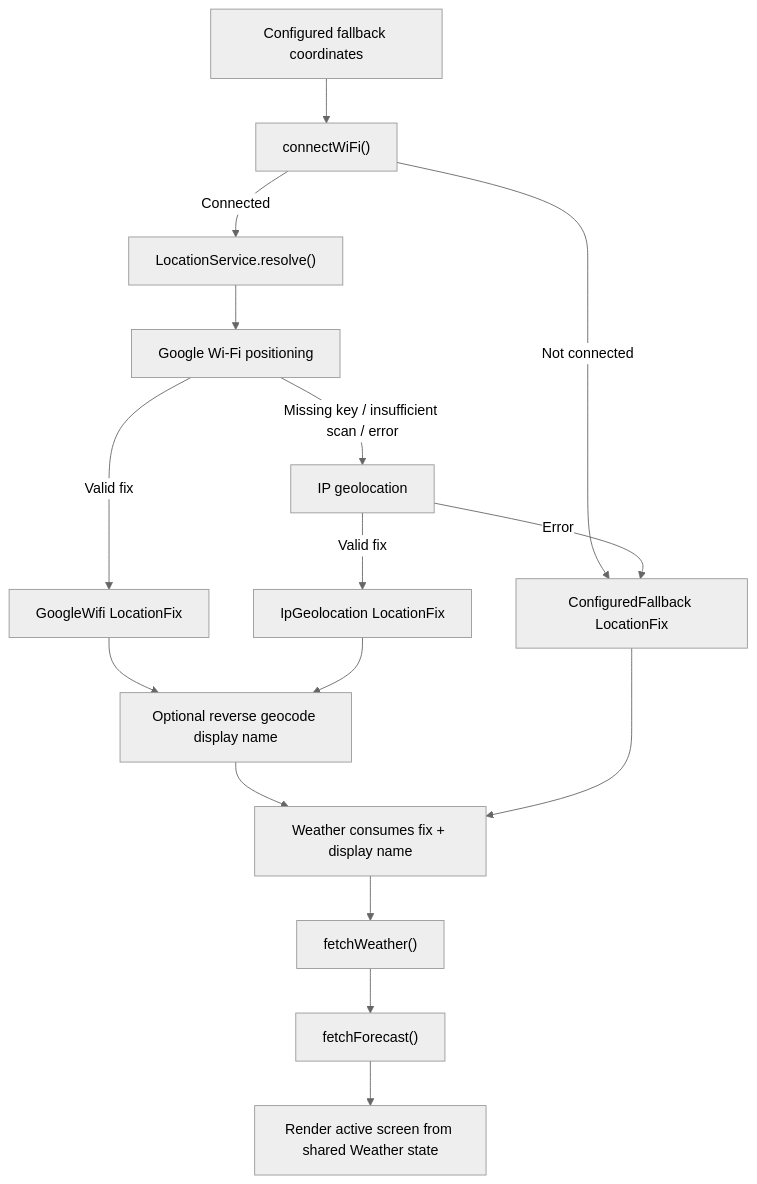
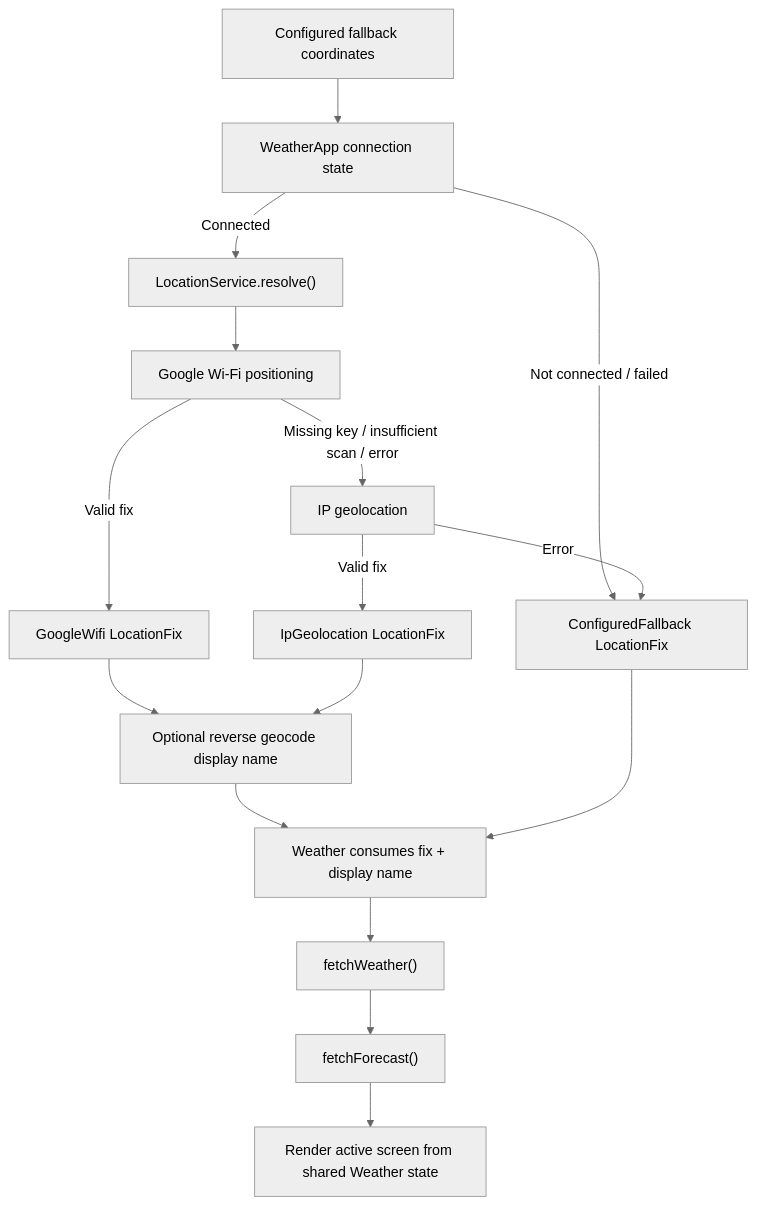
The fifth of 5 diagrams in docs/PHASE0_STEP2_RUNTIME_DATA_FLOW.md (mdrmx/esp32-gadget), drawn with Mermaid (neutral theme) before and after one commit. The commit also changed other lines of this file, not shown here.

````diff
--- a/docs/PHASE0_STEP2_RUNTIME_DATA_FLOW.md
+++ b/docs/PHASE0_STEP2_RUNTIME_DATA_FLOW.md
@@ -408,18 +385,18 @@
 ```mermaid
 flowchart TD
-    A["Configured fallback coordinates"] --> B["connectWiFi()"]
+    A["Configured fallback coordinates"] --> B["WeatherApp connection state"]
     B -->|Connected| C["LocationService.resolve()"]
-    B -->|Not connected| D["ConfiguredFallback LocationFix"]
+    B -->|Not connected / failed| D["ConfiguredFallback LocationFix"]
     C --> E["Google Wi-Fi positioning"]
     E -->|Missing key / insufficient scan / error| F["IP geolocation"]
     E -->|Valid fix| G["GoogleWifi LocationFix"]
     F -->|Valid fix| H["IpGeolocation LocationFix"]
     F -->|Error| D
     G --> I["Optional reverse geocode display name"]
     H --> I
     I --> J["Weather consumes fix + display name"]
     D --> J
     J --> K["fetchWeather()"]
     K --> L["fetchForecast()"]
     L --> M["Render active screen from shared Weather state"]
 ```
````
